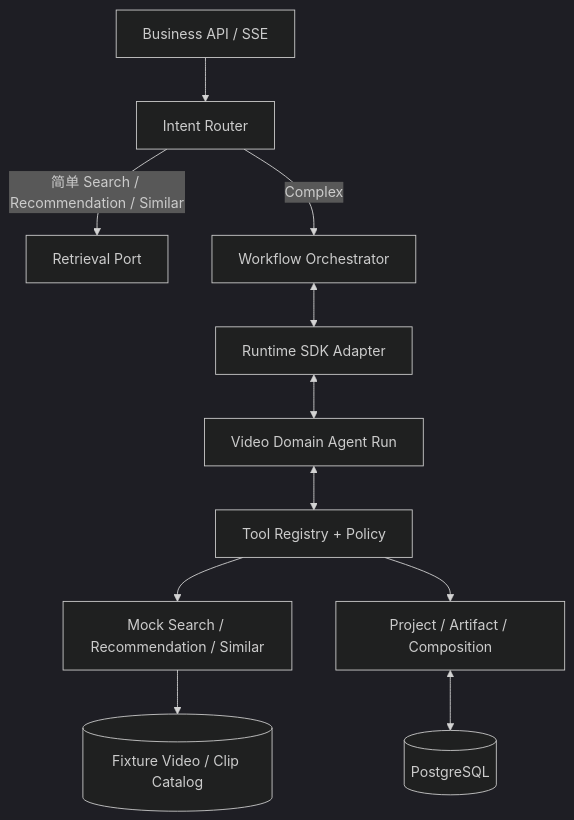
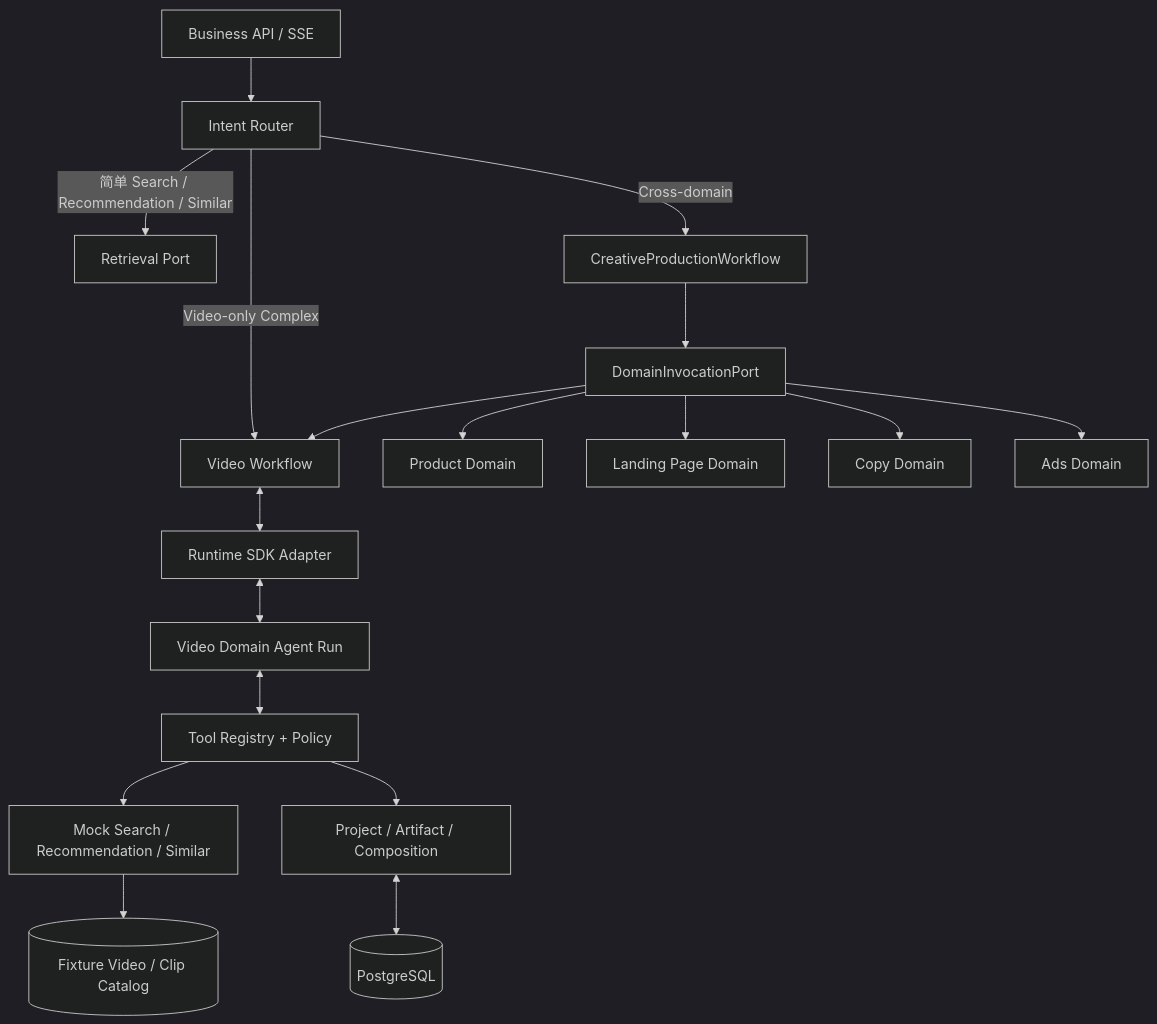
One commit to human-cosmos/search-rec-docs changed the first of 4 diagrams in implementation/04_VideoDomainAgent_详细设计与实施手册.md. Above: the diagram before and after it, drawn with Mermaid (dark theme). The commit also changed other lines of this file and 12 other files, not shown here.

Commit message:
docs: add cross-domain orchestration design

````diff
--- a/implementation/04_VideoDomainAgent_详细设计与实施手册.md
+++ b/implementation/04_VideoDomainAgent_详细设计与实施手册.md
@@ -70,13 +90,20 @@
 ```mermaid
 flowchart TB
   API[Business API / SSE] --> ROUTER[Intent Router]
   ROUTER -->|简单 Search / Recommendation / Similar| PORT[Retrieval Port]
-  ROUTER -->|Complex| WF[Workflow Orchestrator]
-  WF <--> SDK[Runtime SDK Adapter]
+  ROUTER -->|Video-only Complex| VWF[Video Workflow]
+  ROUTER -->|Cross-domain| CWF[CreativeProductionWorkflow]
+  CWF --> DIP[DomainInvocationPort]
+  DIP --> PRODUCT[Product Domain]
+  DIP --> LANDING[Landing Page Domain]
+  DIP --> COPY[Copy Domain]
+  DIP --> ADS[Ads Domain]
+  DIP --> VWF
+  VWF <--> SDK[Runtime SDK Adapter]
   SDK <--> AGENT[Video Domain Agent Run]
   AGENT <--> TOOLS[Tool Registry + Policy]
   TOOLS --> RETRIEVAL[Mock Search / Recommendation / Similar]
   TOOLS --> DOMAIN[Project / Artifact / Composition]
   DOMAIN <--> DB[(PostgreSQL)]
   RETRIEVAL --> FIXTURES[(Fixture Video / Clip Catalog)]
 ```
````
